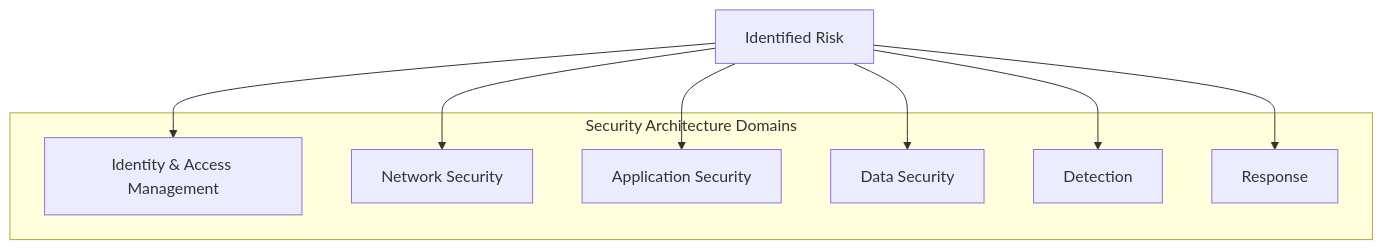
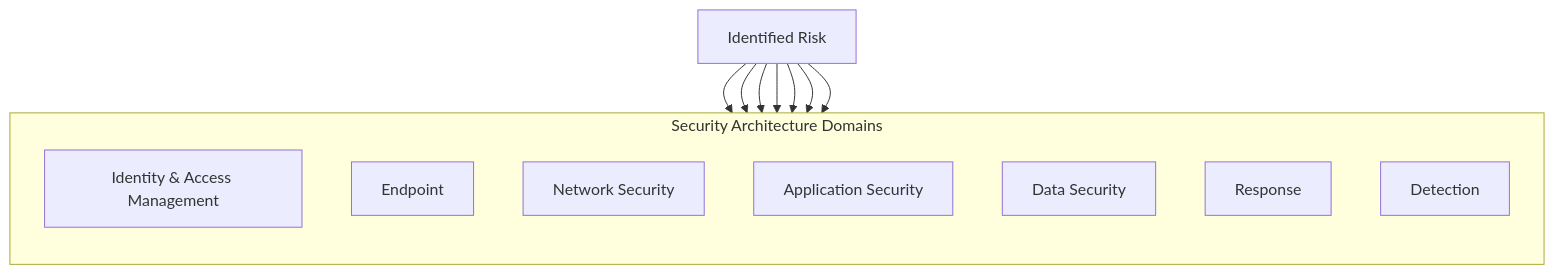
One commit to davis-boudreau/ISEC2700 changed the fifth of 7 diagrams in saitge-isec2700-ws04-risk-assessment-using-cia-liklihood-impact.md. Above: the diagram before and after it, drawn with Mermaid.

Commit message:
UPDATE TO WS04

````diff
--- a/saitge-isec2700-ws04-risk-assessment-using-cia-liklihood-impact.md
+++ b/saitge-isec2700-ws04-risk-assessment-using-cia-liklihood-impact.md
@@ -215,20 +215,26 @@
 ```mermaid
 flowchart TB
-    subgraph Architecture["Security Architecture Domains"]
-        IAM[Identity & Access Management]
-        NET[Network Security]
-        APP[Application Security]
-        DATA[Data Security]
-        DET[Detection]
-        RESP[Response]
-    end
+  %% Subgraph for Security Architecture Domains
+  subgraph Architecture["Security Architecture Domains"]
+    direction TB
+    IAM[Identity & Access Management]
+    END[Endpoint]
+    NET[Network Security]
+    APP[Application Security]
+    DATA[Data Security]
+    RESP[Response]
+    DET[Detection]
+  end
 
-    RISK[Identified Risk]
+  RISK[Identified Risk]
 
-    RISK --> IAM
-    RISK --> NET
-    RISK --> APP
-    RISK --> DATA
-    RISK --> DET
-    RISK --> RESP
+  %% Edges
+  RISK --> IAM
+  RISK --> END
+  RISK --> NET
+  RISK --> APP
+  RISK --> DATA
+  RISK --> RESP
+  RISK --> DET
+
 ```
````
